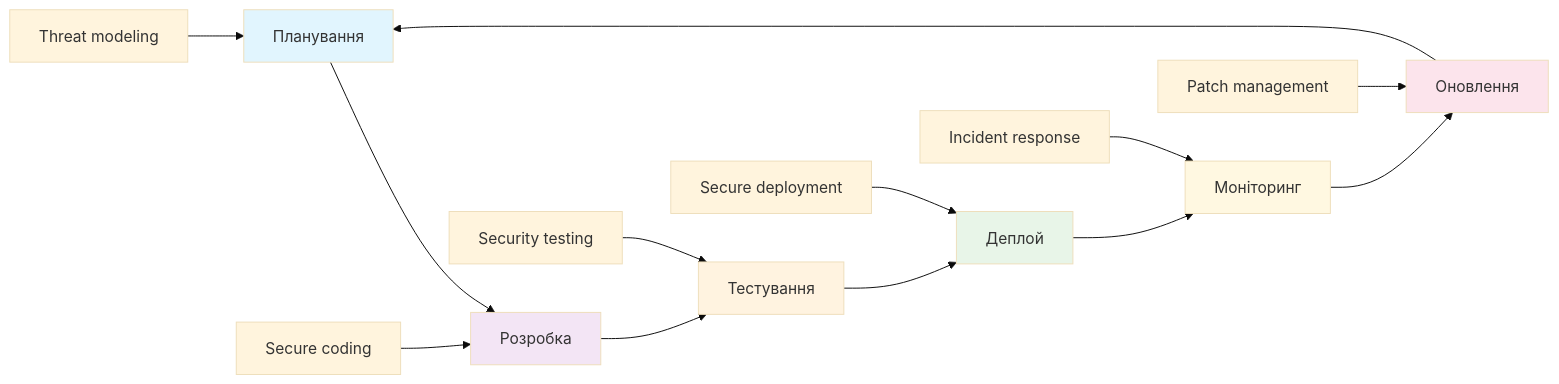
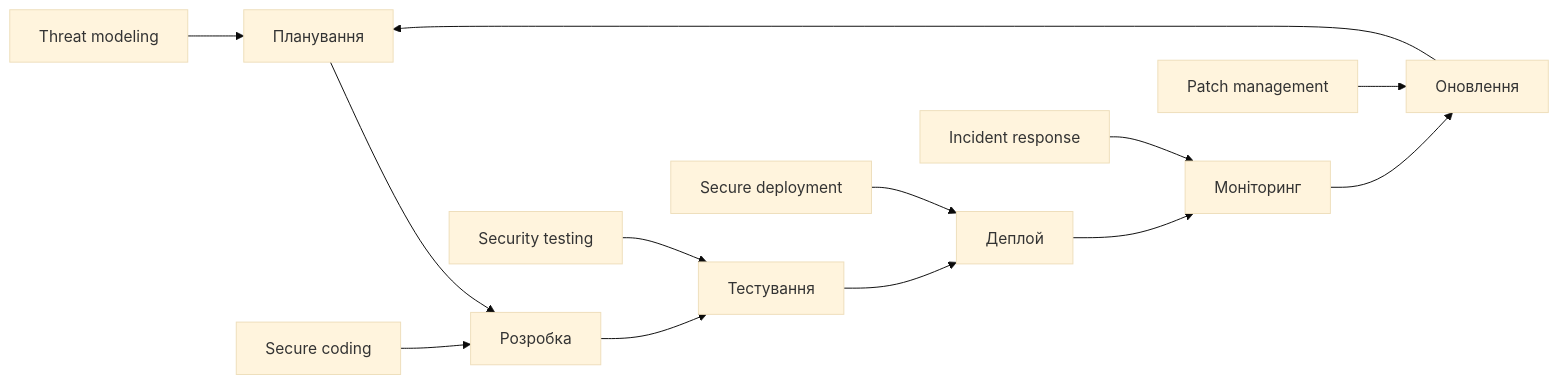
Before and after one commit to olroi421/course-web: the eighth of 8 diagrams in docs/presentations/presentation-07.md, drawn with Mermaid (base theme). The commit also changed other lines of this file and 1 other file, not shown here.

````diff
--- a/docs/presentations/presentation-07.md
+++ b/docs/presentations/presentation-07.md
@@ -454,23 +447,17 @@
 ```mermaid
 graph LR
     A[Планування] --> B[Розробка]
     B --> C[Тестування]
     C --> D[Деплой]
     D --> E[Моніторинг]
     E --> F[Оновлення]
     F --> A
 
     A1[Threat modeling] --> A
     B1[Secure coding] --> B
     C1[Security testing] --> C
     D1[Secure deployment] --> D
     E1[Incident response] --> E
     F1[Patch management] --> F
 
-    style A fill:#e1f5fe
-    style B fill:#f3e5f5
-    style C fill:#fff3e0
-    style D fill:#e8f5e8
-    style E fill:#fff8e1
-    style F fill:#fce4ec
 ```
````
